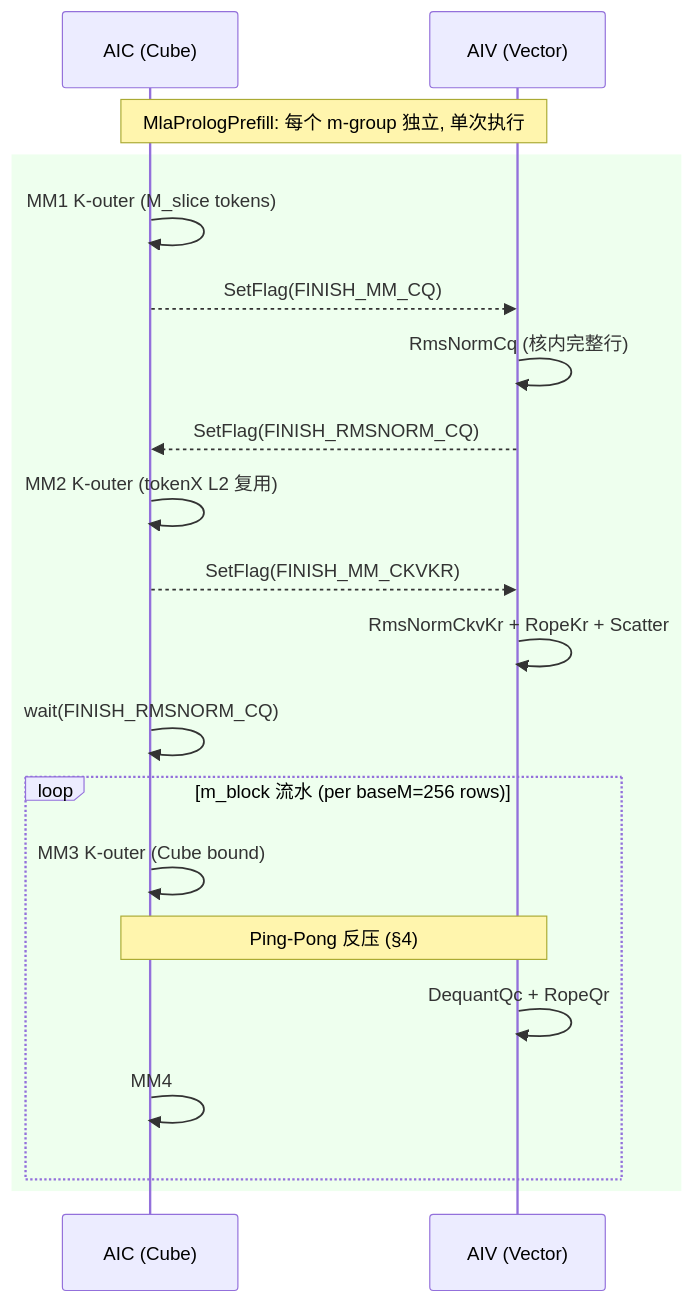
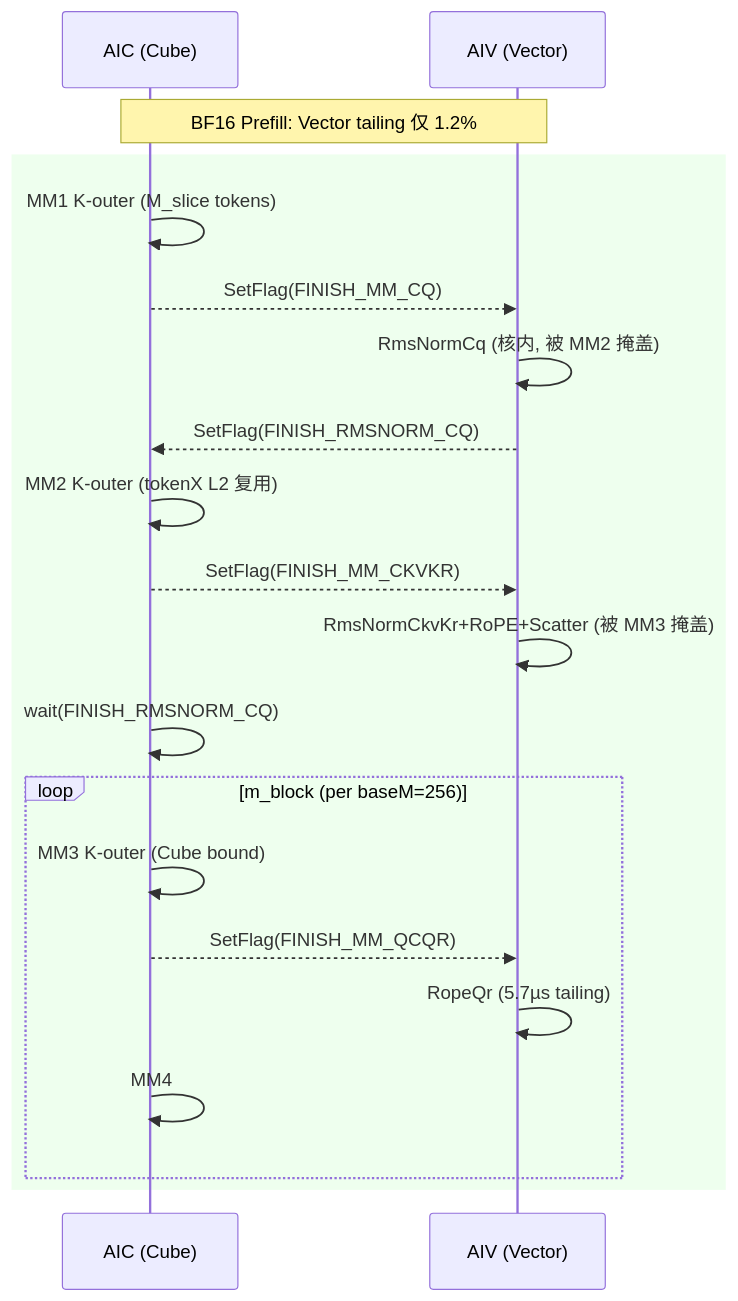
One commit to ChunnX/ops-transformer changed the fourth of 5 diagrams in attention/mla_prolog_v3/docs/MlaPrologV3_Prefill_SplitM设计.md. Above: the diagram before and after it, drawn with Mermaid. The commit also changed other lines of this file, not shown here.

First line of the commit message:
add quantization pipeline analysis to prefill design doc

````diff
--- a/attention/mla_prolog_v3/docs/MlaPrologV3_Prefill_SplitM设计.md
+++ b/attention/mla_prolog_v3/docs/MlaPrologV3_Prefill_SplitM设计.md
@@ -329,26 +414,26 @@
 ```mermaid
 sequenceDiagram
     participant AIC as AIC (Cube)
     participant AIV as AIV (Vector)
 
-    Note over AIC,AIV: MlaPrologPrefill: 每个 m-group 独立, 单次执行
+    Note over AIC,AIV: BF16 Prefill: Vector tailing 仅 1.2%
 
     rect rgb(200, 255, 200, 0.3)
     AIC->>AIC: MM1 K-outer (M_slice tokens)
     AIC-->>AIV: SetFlag(FINISH_MM_CQ)
-    AIV->>AIV: RmsNormCq (核内完整行)
+    AIV->>AIV: RmsNormCq (核内, 被 MM2 掩盖)
     AIV-->>AIC: SetFlag(FINISH_RMSNORM_CQ)
 
     AIC->>AIC: MM2 K-outer (tokenX L2 复用)
     AIC-->>AIV: SetFlag(FINISH_MM_CKVKR)
-    AIV->>AIV: RmsNormCkvKr + RopeKr + Scatter
+    AIV->>AIV: RmsNormCkvKr+RoPE+Scatter (被 MM3 掩盖)
 
     AIC->>AIC: wait(FINISH_RMSNORM_CQ)
-    loop m_block 流水 (per baseM=256 rows)
+    loop m_block (per baseM=256)
         AIC->>AIC: MM3 K-outer (Cube bound)
-        Note over AIC,AIV: Ping-Pong 反压 (§4)
-        AIV->>AIV: DequantQc + RopeQr
+        AIC-->>AIV: SetFlag(FINISH_MM_QCQR)
+        AIV->>AIV: RopeQr (5.7µs tailing)
         AIC->>AIC: MM4
     end
     end
 ```
````
